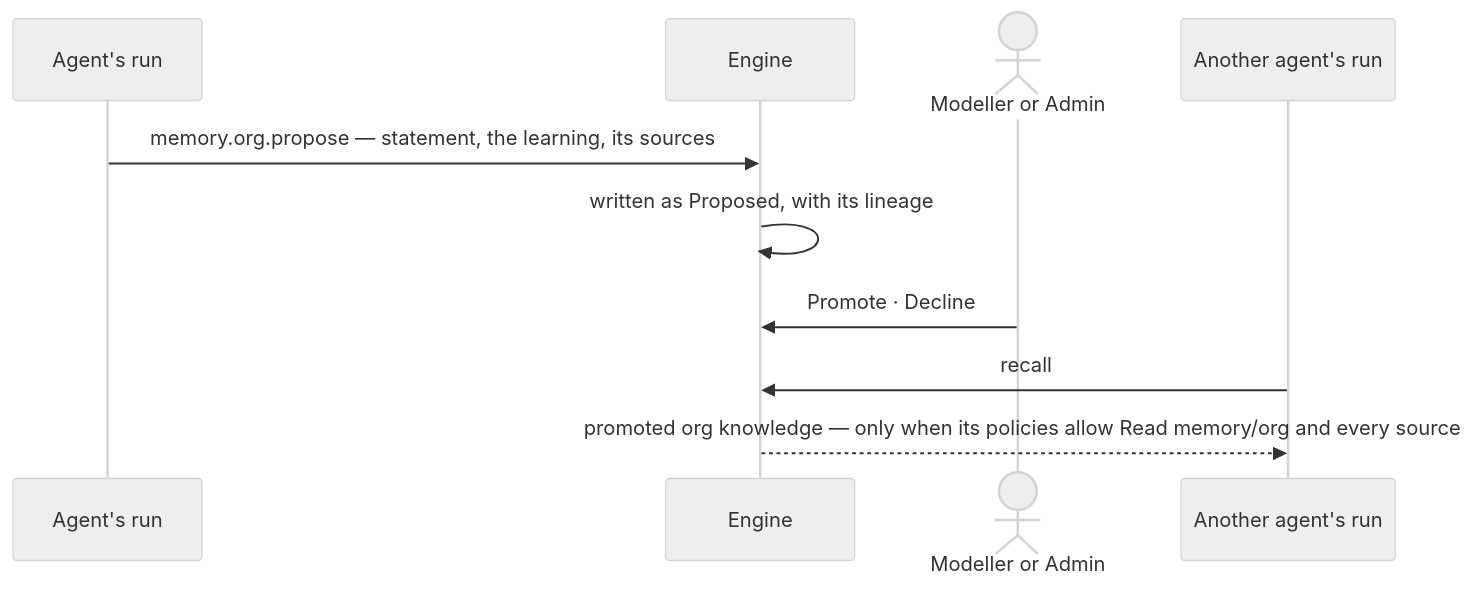
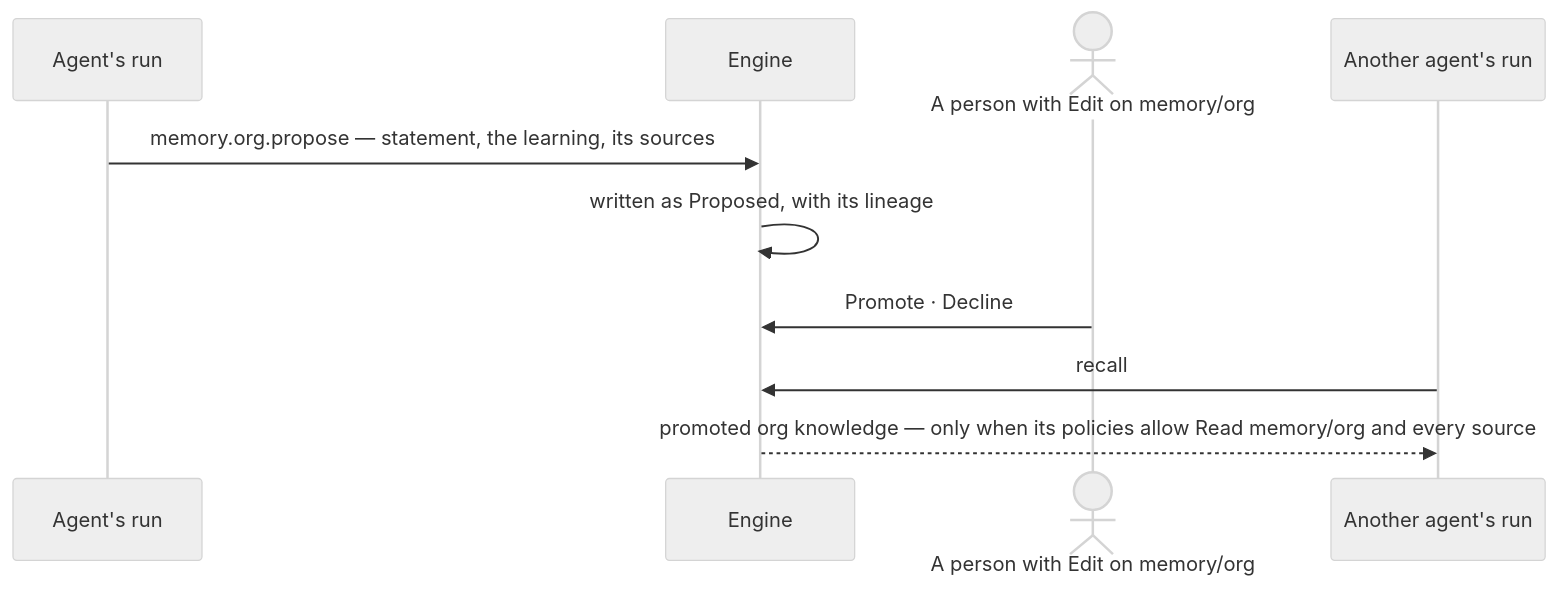
Before and after one commit to invana/invana: the second of 2 diagrams in specs/os/graph/features/GP-F02-memory/stories/GP-09-promote-a-learning-to-org-knowledge/story.md, drawn with Mermaid (neutral theme). The commit also changed other lines of this file and 228 other files, not shown here.

````diff
--- a/specs/os/graph/features/GP-F02-memory/stories/GP-09-promote-a-learning-to-org-knowledge/story.md
+++ b/specs/os/graph/features/GP-F02-memory/stories/GP-09-promote-a-learning-to-org-knowledge/story.md
@@ -46,12 +46,12 @@
 ```mermaid
 sequenceDiagram
   participant A as Agent's run
   participant E as Engine
-  actor M as Modeller or Admin
+  actor M as A person with Edit on memory/org
   participant R as Another agent's run
   A->>E: memory.org.propose — statement, the learning, its sources
   E->>E: written as Proposed, with its lineage
   M->>E: Promote · Decline
   R->>E: recall
   E-->>R: promoted org knowledge — only when its policies allow Read memory/org and every source
 ```
````
